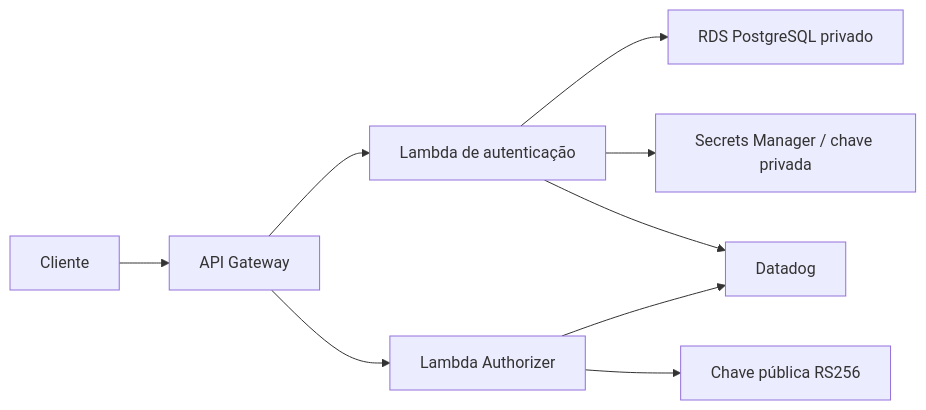
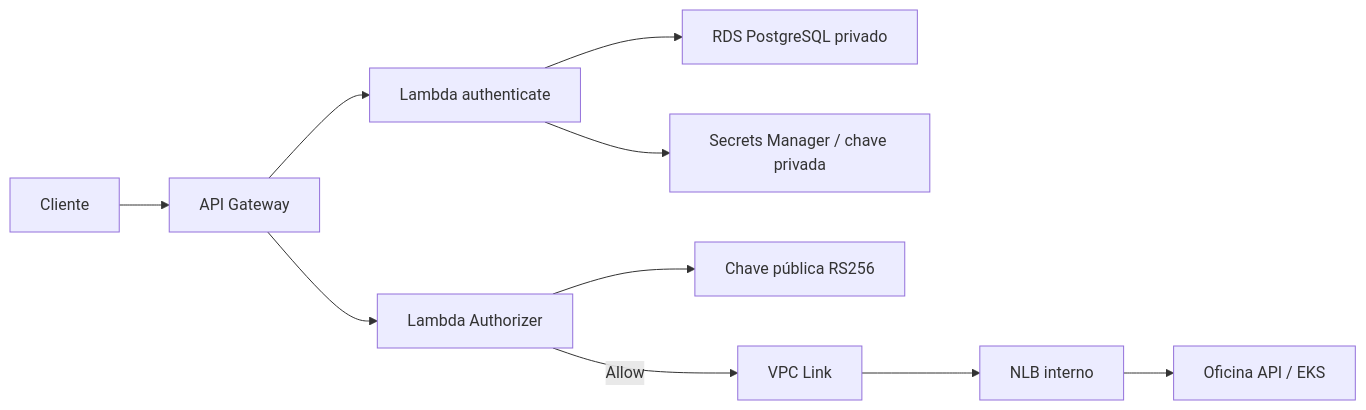
One commit to maypinheiro/oficina-auth-function changed the diagram in README.md. Above: the diagram before and after it, drawn with Mermaid. The commit also changed other lines of this file and 1 other file, not shown here.

Commit message:
docs: detalhar arquitetura e decisões de autenticação

````diff
--- a/README.md
+++ b/README.md
@@ -7,11 +15,12 @@
 ```mermaid
 flowchart LR
-  Client["Cliente"] --> Gateway["API Gateway"]
-  Gateway --> Auth["Lambda de autenticação"]
-  Gateway --> Authorizer["Lambda Authorizer"]
-  Auth --> RDS["RDS PostgreSQL privado"]
-  Auth --> Secrets["Secrets Manager / chave privada"]
+  Client["Cliente"] --> GW["API Gateway"]
+  GW --> Auth["Lambda authenticate"]
+  Auth --> DB["RDS PostgreSQL privado"]
+  Auth --> Keys["Secrets Manager / chave privada"]
+  GW --> Authorizer["Lambda Authorizer"]
   Authorizer --> PublicKey["Chave pública RS256"]
-  Auth --> DD["Datadog"]
-  Authorizer --> DD
+  Authorizer -->|"Allow"| Link["VPC Link"]
+  Link --> NLB["NLB interno"]
+  NLB --> API["Oficina API / EKS"]
 ```
````
